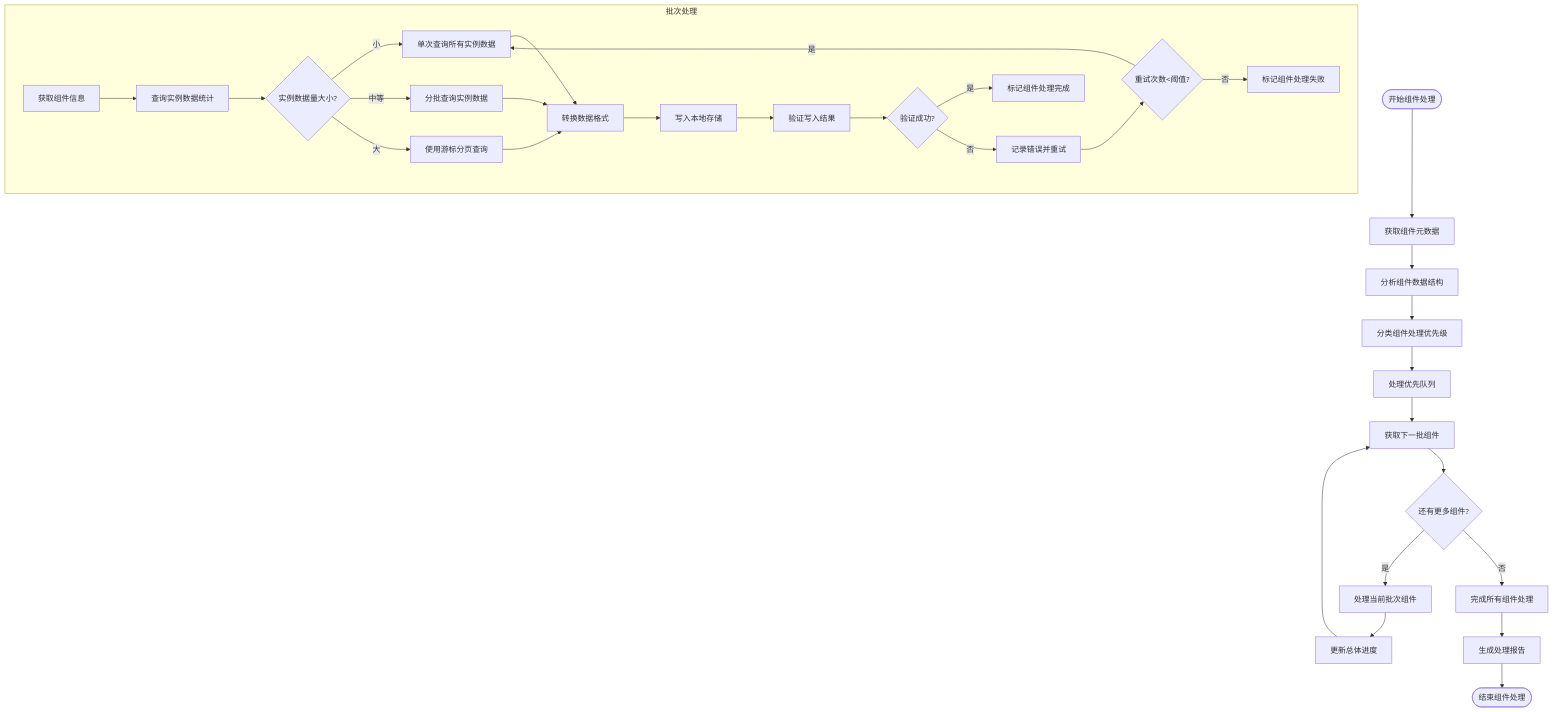
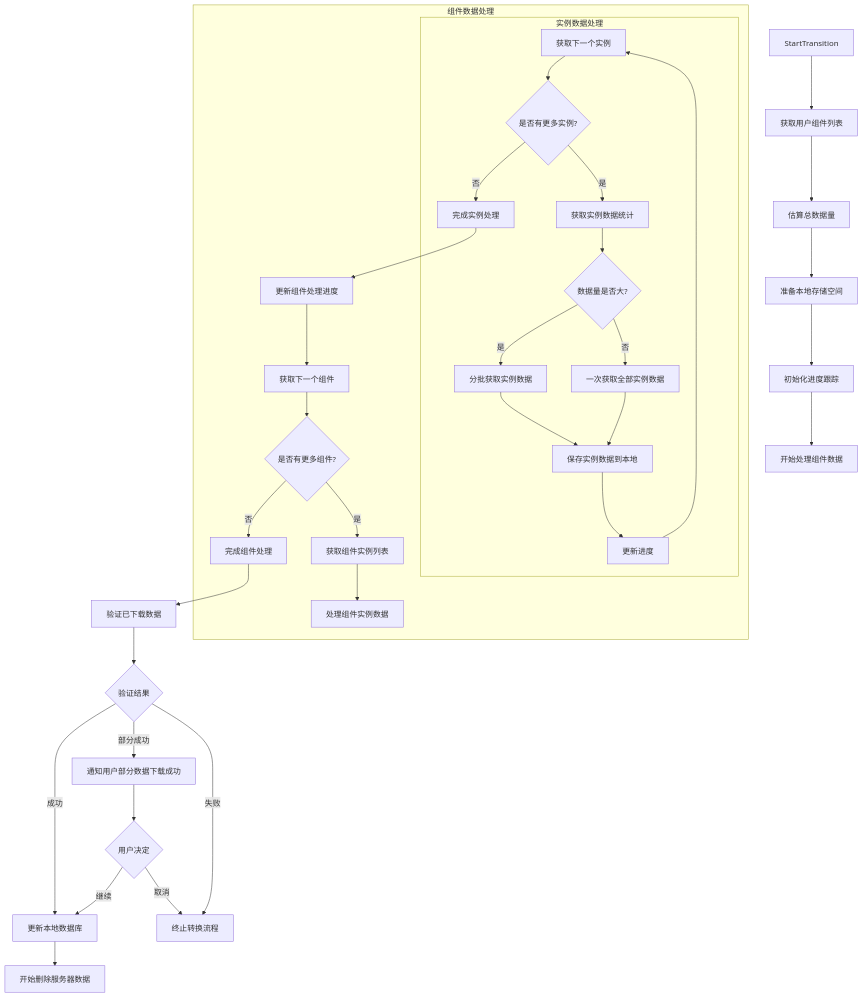
The diagram in all/未命名-49.md (yingjianzh/iodraw-files), drawn with Mermaid before and after one commit.

Commit message:
2025-05-07 18:13:56 update

````diff
--- a/all/未命名-49.md
+++ b/all/未命名-49.md
@@ -1,44 +1,45 @@
 ```mermaid
 flowchart TD
-    Start([开始组件处理]) --> FetchMetadata[获取组件元数据]
-    FetchMetadata --> AnalyzeStructure[分析组件数据结构]
-    AnalyzeStructure --> ClassifyComponents[分类组件处理优先级]
     
-    ClassifyComponents --> ProcessPriorityQueue[处理优先队列]
+    StartTransition --> GetComponentList[获取用户组件列表]
+    GetComponentList --> EstimateDataSize[估算总数据量]
+    EstimateDataSize --> PrepareLocalStorage[准备本地存储空间]
+    PrepareLocalStorage --> InitializeProgress[初始化进度跟踪]
     
-    ProcessPriorityQueue --> GetNextBatch[获取下一批组件]
-    GetNextBatch --> HasMore{还有更多组件?}
+    InitializeProgress --> ProcessComponents[开始处理组件数据]
     
-    HasMore -->|是| ProcessBatch[处理当前批次组件]
-    HasMore -->|否| Complete[完成所有组件处理]
-    
-    subgraph BatchProcessing [批次处理]
-        PB1[获取组件信息] --> PB2[查询实例数据统计]
-        PB2 --> PB3{实例数据量大小?}
+    subgraph ComponentProcessing [组件数据处理]
+        A[获取下一个组件] --> B{是否有更多组件?}
+        B -->|否| ExitComponentLoop[完成组件处理]
+        B -->|是| C[获取组件实例列表]
+        C --> D[处理组件实例数据]
         
-        PB3 -->|小| PB4[单次查询所有实例数据]
-        PB3 -->|中等| PB5[分批查询实例数据]
-        PB3 -->|大| PB6[使用游标分页查询]
+        subgraph InstanceProcessing [实例数据处理]
+            D1[获取下一个实例] --> D2{是否有更多实例?}
+            D2 -->|否| D8[完成实例处理]
+            D2 -->|是| D3[获取实例数据统计]
+            D3 --> D4{数据量是否大?}
+            D4 -->|是| D5[分批获取实例数据]
+            D4 -->|否| D6[一次获取全部实例数据]
+            D5 --> D7[保存实例数据到本地]
+            D6 --> D7
+            D7 --> D9[更新进度]
+            D9 --> D1
+        end
         
-        PB4 --> PB7[转换数据格式]
-        PB5 --> PB7
-        PB6 --> PB7
-        
-        PB7 --> PB8[写入本地存储]
-        PB8 --> PB9[验证写入结果]
-        PB9 --> PB10{验证成功?}
-        
-        PB10 -->|是| PB11[标记组件处理完成]
-        PB10 -->|否| PB12[记录错误并重试]
-        
-        PB12 --> PB13{重试次数<阈值?}
-        PB13 -->|是| PB4
-        PB13 -->|否| PB14[标记组件处理失败]
+        D8 --> E[更新组件处理进度]
+        E --> A
     end
     
-    ProcessBatch --> UpdateProgress[更新总体进度]
-    UpdateProgress --> GetNextBatch
+    ExitComponentLoop --> ValidateDownloadedData[验证已下载数据]
+    ValidateDownloadedData --> ValidationResult{验证结果}
+    ValidationResult -->|成功| UpdateLocalDatabase[更新本地数据库]
+    ValidationResult -->|部分成功| NotifyPartial[通知用户部分数据下载成功]
+    ValidationResult -->|失败| AbortProcess[终止转换流程]
     
-    Complete --> GenerateReport[生成处理报告]
-    GenerateReport --> End([结束组件处理])
+    NotifyPartial --> UserDecision{用户决定}
+    UserDecision -->|继续| UpdateLocalDatabase
+    UserDecision -->|取消| AbortProcess
+    
+    UpdateLocalDatabase --> StartDeletingServerData[开始删除服务器数据]
 ```
````
